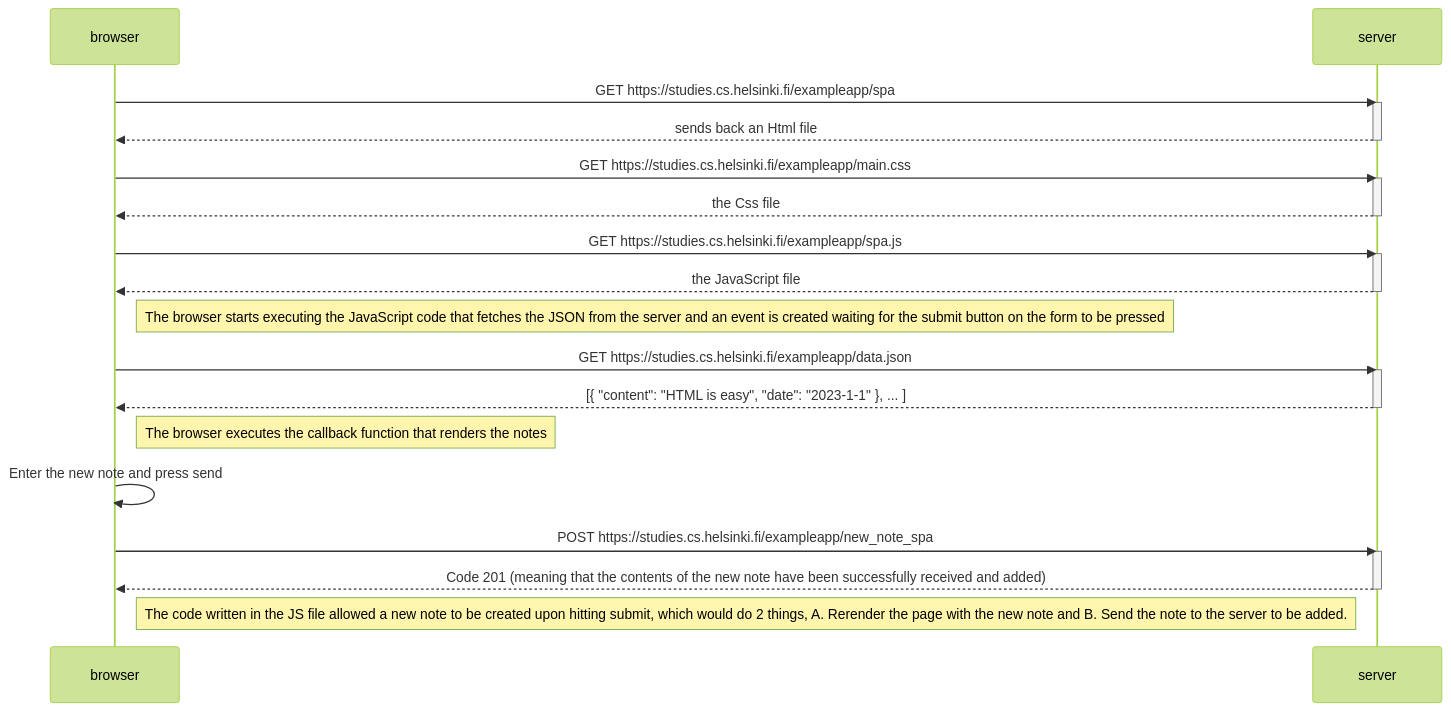
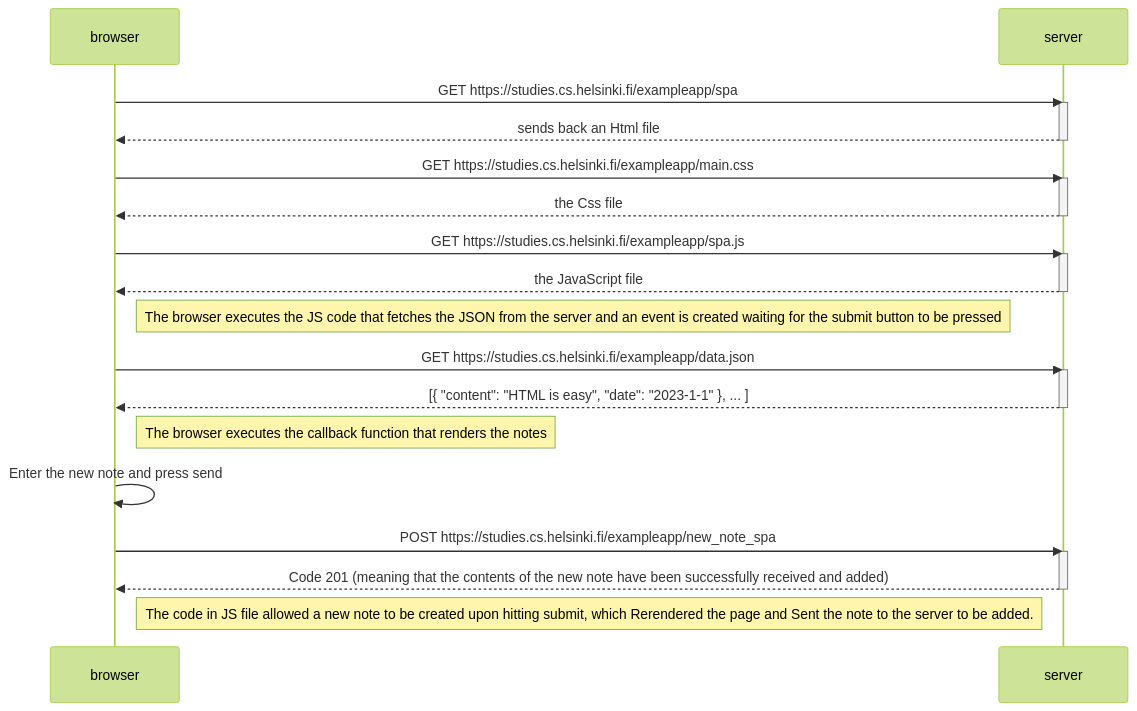
One commit to Psyduck-m/fullStack_Challenge changed the diagram in part0/Ex0.5.md. Above: the diagram before and after it, drawn with Mermaid (forest theme).

````diff
--- a/part0/Ex0.5.md
+++ b/part0/Ex0.5.md
@@ -2,38 +2,38 @@
 ```mermaid
 sequenceDiagram
     participant browser
     participant server
 
     browser->>server: GET https://studies.cs.helsinki.fi/exampleapp/spa
     activate server
     server-->>browser: sends back an Html file
     deactivate server
 
     browser->>server: GET https://studies.cs.helsinki.fi/exampleapp/main.css
     activate server
     server-->>browser: the Css file
     deactivate server
 
     browser->>server: GET https://studies.cs.helsinki.fi/exampleapp/spa.js
     activate server
     server-->>browser: the JavaScript file
     deactivate server
 
-    Note right of browser: The browser starts executing the JavaScript code that fetches the JSON from the server and an event is created waiting for the submit button on the form to be pressed
+    Note right of browser: The browser executes the JS code that fetches the JSON from the server and an event is created waiting for the submit button to be pressed
 
     browser->>server: GET https://studies.cs.helsinki.fi/exampleapp/data.json
     activate server
     server-->>browser: [{ "content": "HTML is easy", "date": "2023-1-1" }, ... ]
     deactivate server
 
     Note right of browser: The browser executes the callback function that renders the notes
 
     browser->>browser: Enter the new note and press send
 
     browser->>server: POST https://studies.cs.helsinki.fi/exampleapp/new_note_spa
     activate server
     server-->>browser: Code 201 (meaning that the contents of the new note have been successfully received and added)
     deactivate server
 
-    Note right of browser: The code written in the JS file allowed a new note to be created upon hitting submit, which would do 2 things, A. Rerender the page with the new note and B. Send the note to the server to be added.
+    Note right of browser: The code in JS file allowed a new note to be created upon hitting submit, which Rerendered the page and Sent the note to the server to be added.
 ```
````
